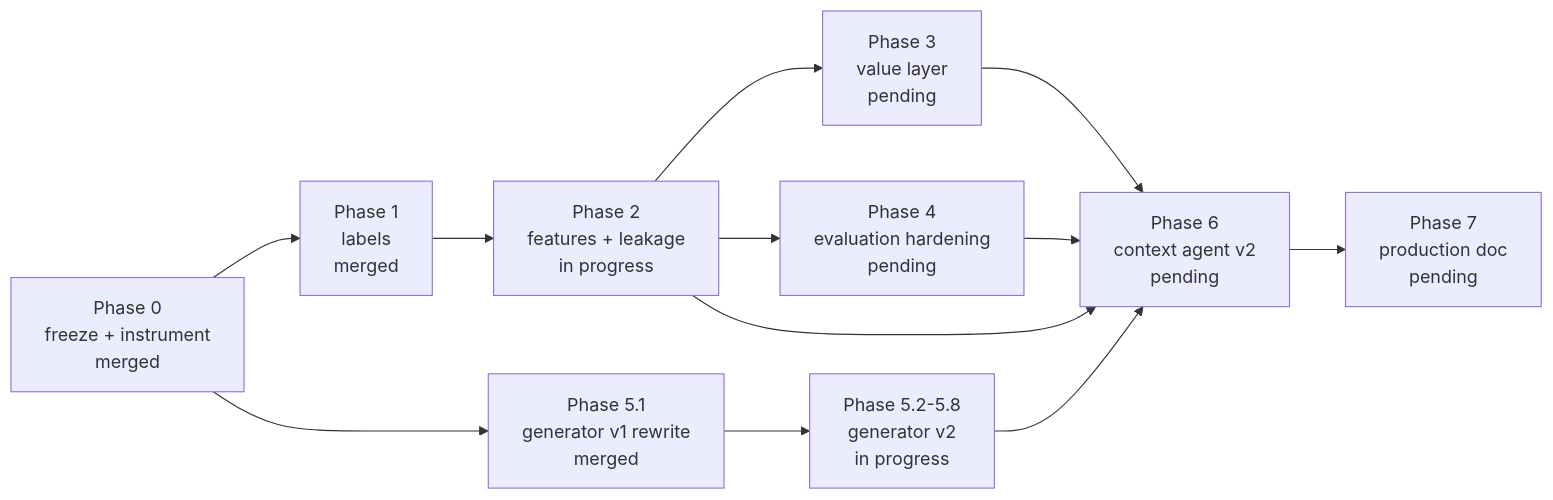
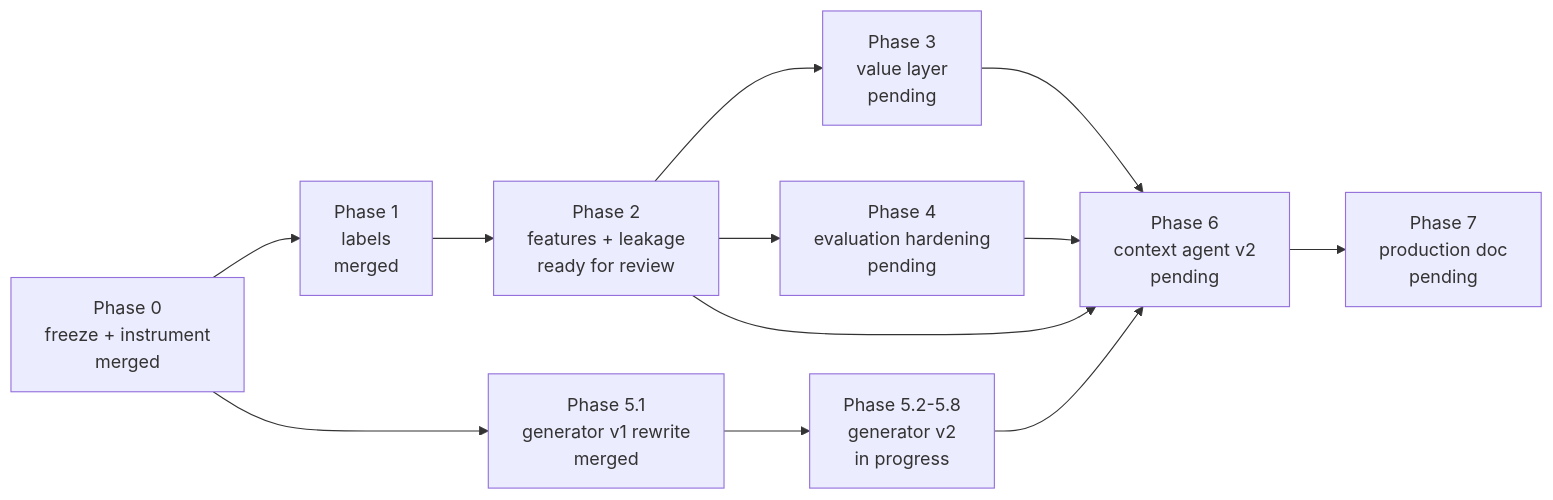
The third of 3 diagrams in docs/ARCHITECTURE.md (dsj-emva/learning-modal), drawn with Mermaid before and after one commit. The commit also changed other lines of this file and 5 other files, not shown here.

First line of the commit message:
Docs: Phase 2 ready for review; ADR 0009 matches the implementation, ADR 0011 for R5-R7

````diff
--- a/docs/ARCHITECTURE.md
+++ b/docs/ARCHITECTURE.md
@@ -147,14 +152,14 @@
 ```mermaid
 flowchart LR
     P0["Phase 0<br/>freeze + instrument<br/>merged"] --> P1["Phase 1<br/>labels<br/>merged"]
-    P1 --> P2["Phase 2<br/>features + leakage<br/>in progress"]
+    P1 --> P2["Phase 2<br/>features + leakage<br/>ready for review"]
     P2 --> P3["Phase 3<br/>value layer<br/>pending"]
     P2 --> P4["Phase 4<br/>evaluation hardening<br/>pending"]
     P0 --> P51["Phase 5.1<br/>generator v1 rewrite<br/>merged"]
     P51 --> P5["Phase 5.2-5.8<br/>generator v2<br/>in progress"]
     P3 --> P6["Phase 6<br/>context agent v2<br/>pending"]
     P4 --> P6
     P5 --> P6
     P2 --> P6
     P6 --> P7["Phase 7<br/>production doc<br/>pending"]
 ```
````
